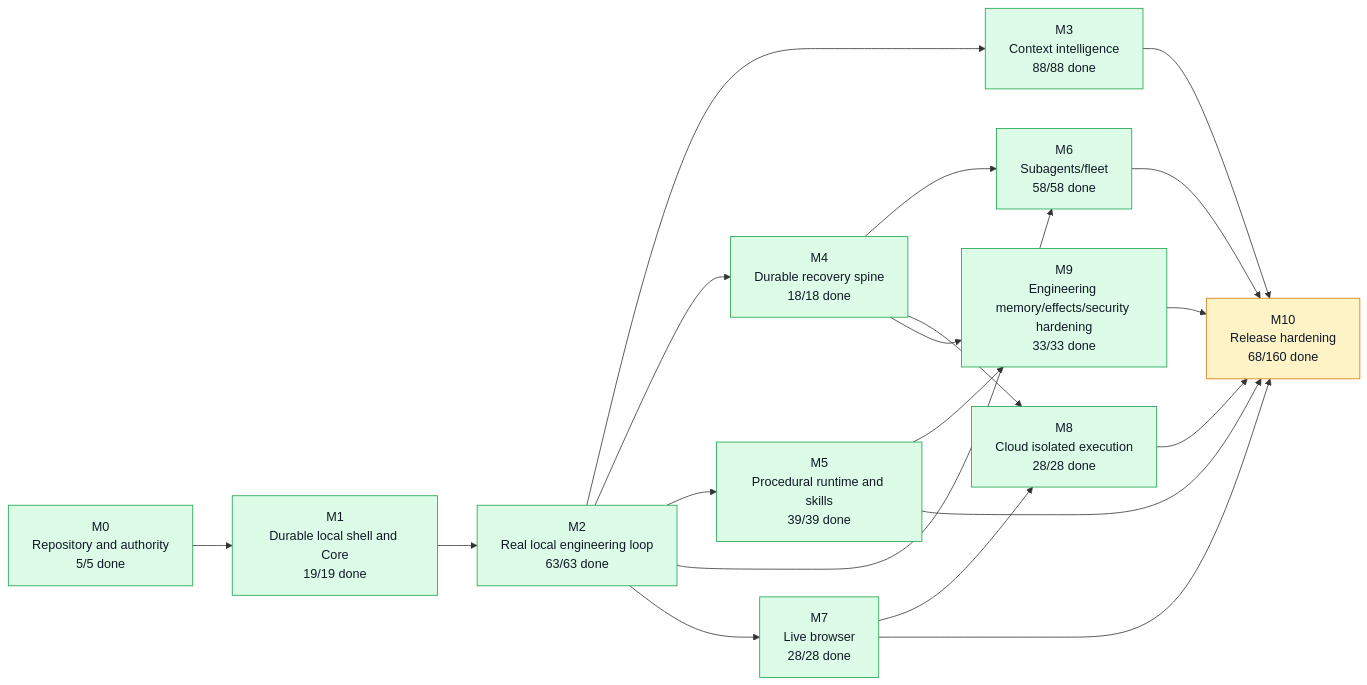
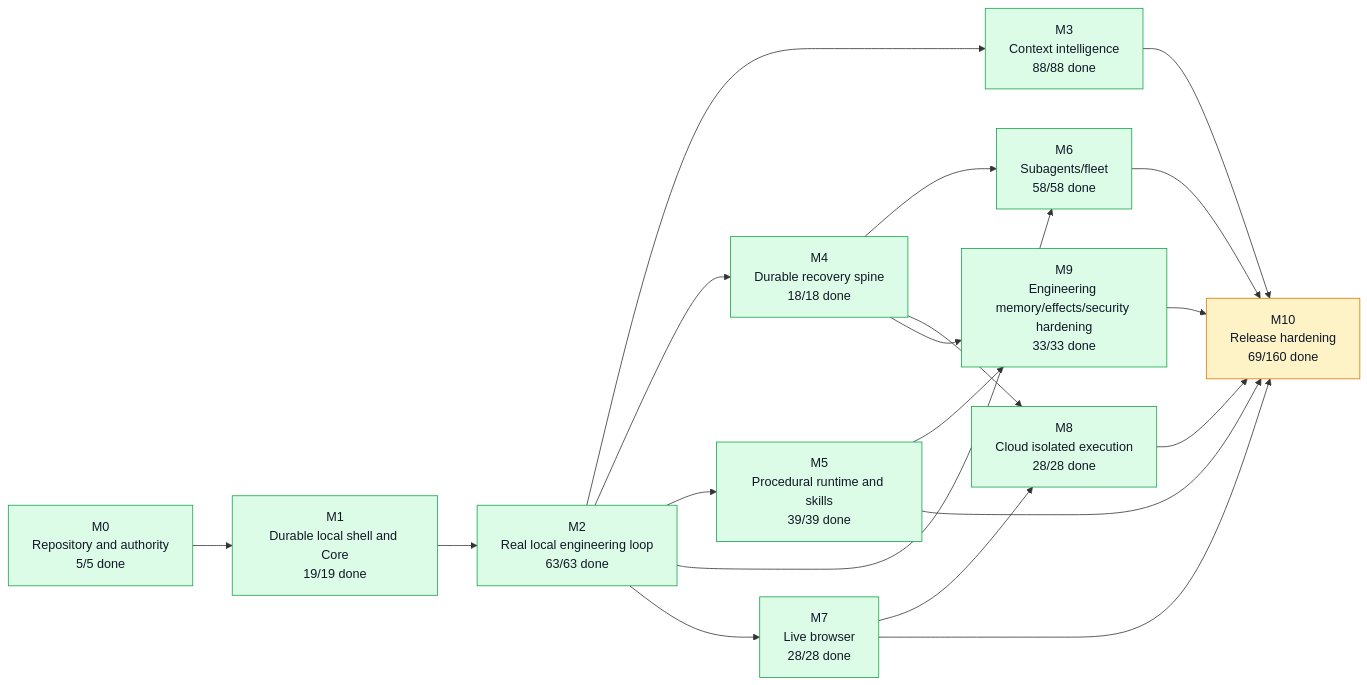
Before and after one commit to moss101/modbit: the first of 5 diagrams in graph/PROJECT_GRAPH.md, drawn with Mermaid. The commit also changed other lines of this file and 6 other files, not shown here.

````diff
--- a/graph/PROJECT_GRAPH.md
+++ b/graph/PROJECT_GRAPH.md
@@ -57,43 +57,43 @@
 ```mermaid
 flowchart LR
   M0["M0<br/>Repository and authority<br/>5/5 done"]
   M1["M1<br/>Durable local shell and Core<br/>19/19 done"]
   M2["M2<br/>Real local engineering loop<br/>63/63 done"]
   M3["M3<br/>Context intelligence<br/>88/88 done"]
   M4["M4<br/>Durable recovery spine<br/>18/18 done"]
   M5["M5<br/>Procedural runtime and skills<br/>39/39 done"]
   M6["M6<br/>Subagents/fleet<br/>58/58 done"]
   M7["M7<br/>Live browser<br/>28/28 done"]
   M8["M8<br/>Cloud isolated execution<br/>28/28 done"]
   M9["M9<br/>Engineering memory/effects/security hardening<br/>33/33 done"]
-  M10["M10<br/>Release hardening<br/>68/160 done"]
+  M10["M10<br/>Release hardening<br/>69/160 done"]
   M0 --> M1
   M1 --> M2
   M2 --> M3
   M2 --> M4
   M2 --> M5
   M2 --> M6
   M4 --> M6
   M2 --> M7
   M4 --> M8
   M7 --> M8
   M4 --> M9
   M5 --> M9
   M3 --> M10
   M5 --> M10
   M6 --> M10
   M7 --> M10
   M8 --> M10
   M9 --> M10
   style M0 fill:#dcfce7,stroke:#16a34a,color:#111827
   style M1 fill:#dcfce7,stroke:#16a34a,color:#111827
   style M2 fill:#dcfce7,stroke:#16a34a,color:#111827
   style M3 fill:#dcfce7,stroke:#16a34a,color:#111827
   style M4 fill:#dcfce7,stroke:#16a34a,color:#111827
   style M5 fill:#dcfce7,stroke:#16a34a,color:#111827
   style M6 fill:#dcfce7,stroke:#16a34a,color:#111827
   style M7 fill:#dcfce7,stroke:#16a34a,color:#111827
   style M8 fill:#dcfce7,stroke:#16a34a,color:#111827
   style M9 fill:#dcfce7,stroke:#16a34a,color:#111827
   style M10 fill:#fef3c7,stroke:#d97706,color:#111827
 ```
````
